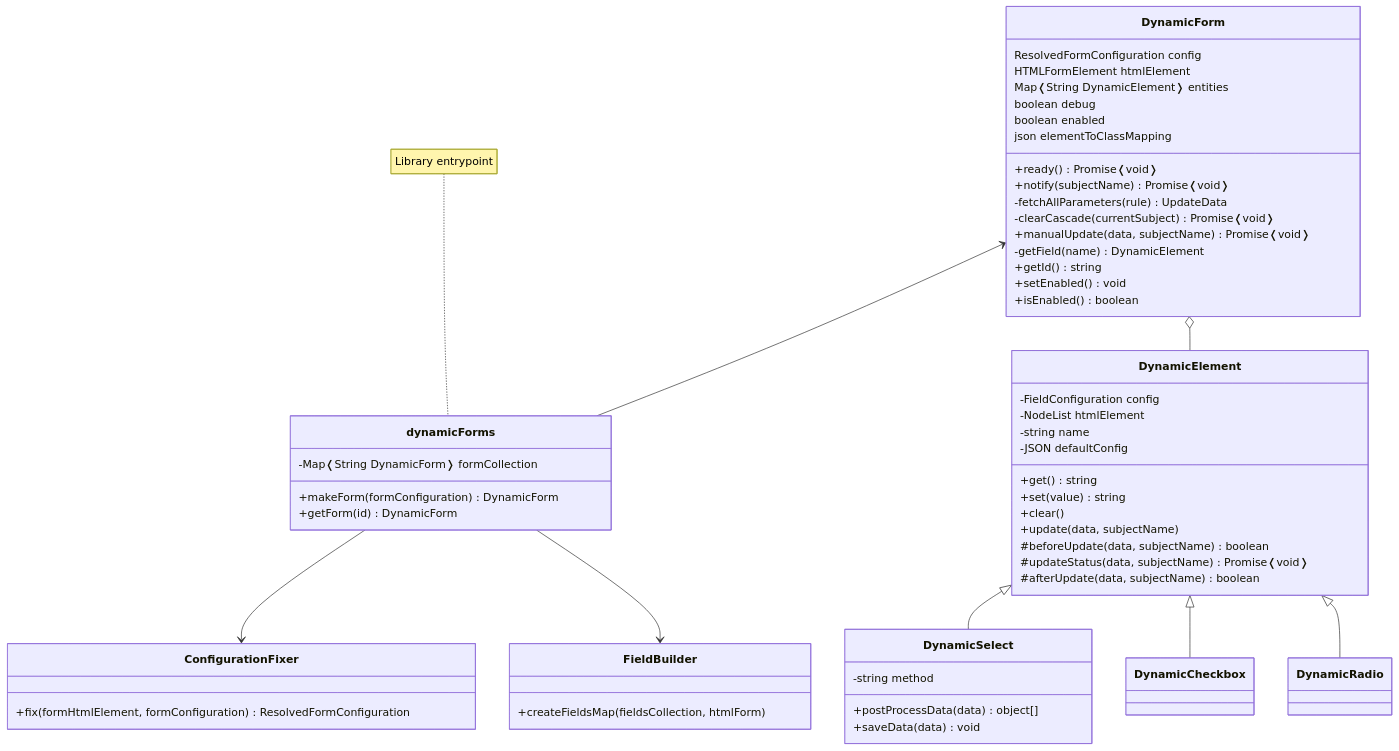
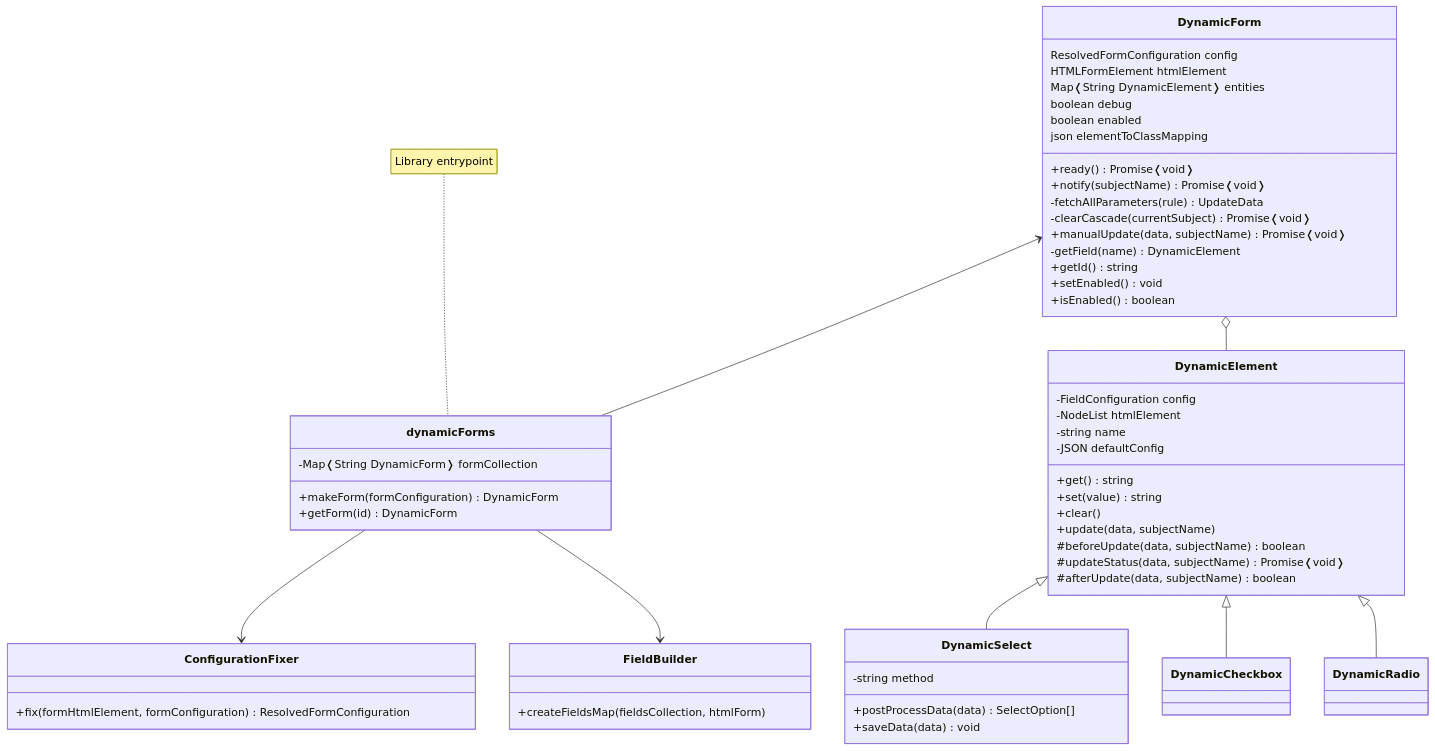
Before and after one commit to simomosi/dynamic-forms: the diagram in docs/dev/contribute.md, drawn with Mermaid. The commit also changed 4 other files, not shown here.

````diff
--- a/docs/dev/contribute.md
+++ b/docs/dev/contribute.md
@@ -41,69 +41,69 @@
 ```mermaid
 classDiagram
 
     class DynamicForm {
         ResolvedFormConfiguration config
         HTMLFormElement htmlElement
         Map❬String DynamicElement❭ entities
         boolean debug
         boolean enabled
         json elementToClassMapping
 
         +ready() Promise❬void❭
         +notify(subjectName) Promise❬void❭
         -fetchAllParameters(rule) UpdateData
         -clearCascade(currentSubject) Promise❬void❭
         +manualUpdate(data, subjectName) Promise❬void❭
         -getField(name) DynamicElement
         +getId() string
         +setEnabled() void
         +isEnabled() boolean
     }
 
     class dynamicForms {
         -Map❬String DynamicForm❭ formCollection
         +makeForm(formConfiguration) DynamicForm
         +getForm(id) DynamicForm
     }
 
     note for dynamicForms "Library entrypoint"
 
     class ConfigurationFixer {
         +fix(formHtmlElement, formConfiguration) ResolvedFormConfiguration
     }
 
     class FieldBuilder {
         +createFieldsMap(fieldsCollection, htmlForm)
     }
 
     class DynamicElement {
         -FieldConfiguration config
         -NodeList htmlElement
         -string name
         -JSON defaultConfig
         +get() string
         +set(value) string
         +clear()
         +update(data, subjectName)
         #beforeUpdate(data, subjectName) boolean
         #updateStatus(data, subjectName) Promise❬void❭
         #afterUpdate(data, subjectName) boolean
     }
 
     class DynamicSelect {
         -string method
-        +postProcessData(data) object[]
+        +postProcessData(data) SelectOption[]
         +saveData(data) void
     }
 
     dynamicForms --> ConfigurationFixer
     dynamicForms --> FieldBuilder
 
     DynamicForm <-- dynamicForms
     DynamicForm o-- DynamicElement
 
     DynamicElement <|-- DynamicSelect
     DynamicElement <|-- DynamicCheckbox
     DynamicElement <|-- DynamicRadio
 
 ```
````
